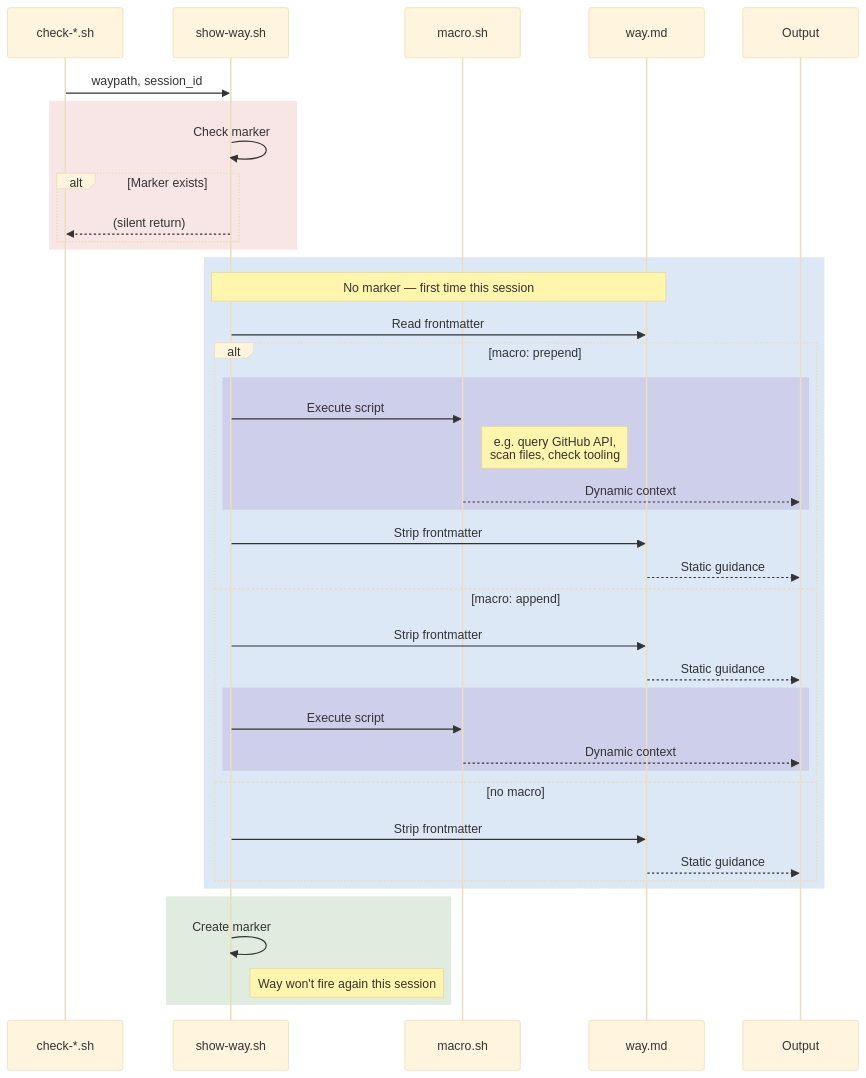
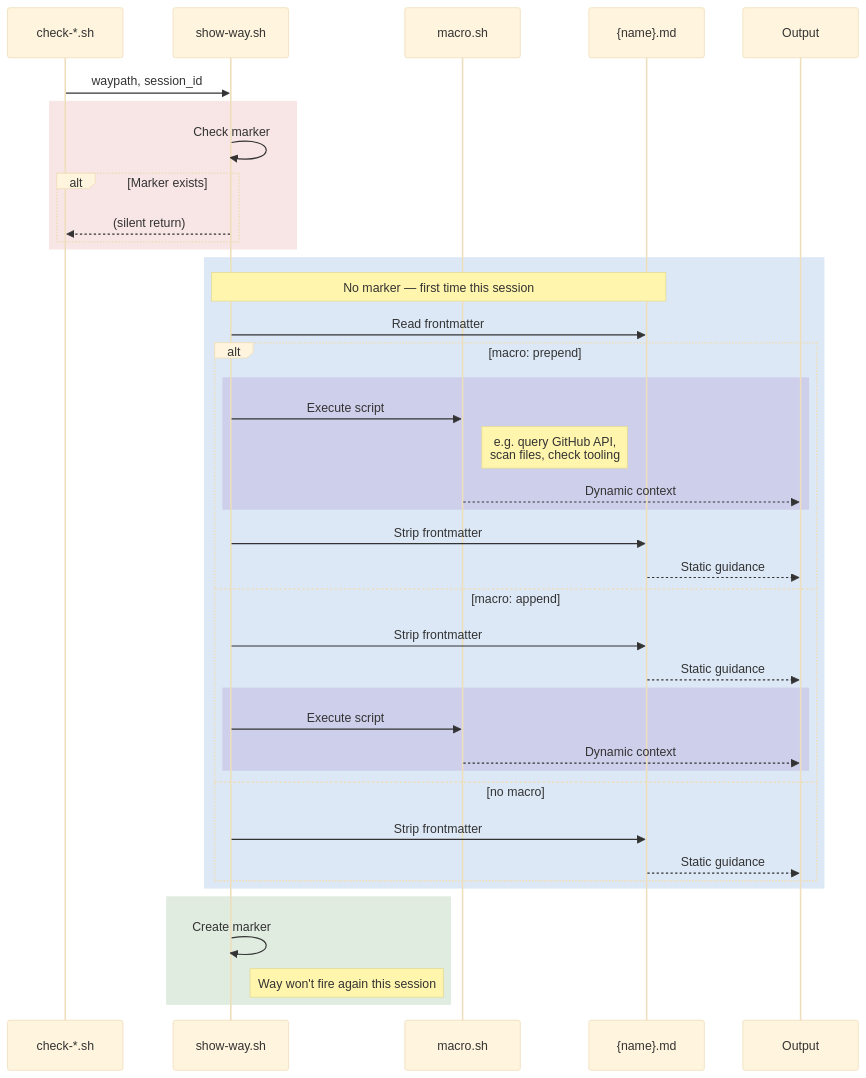
Before and after one commit to ctracey/claude-code-config: the ninth of 12 diagrams in docs/architecture.md, drawn with Mermaid (base theme). The commit also changed other lines of this file and 39 other files, not shown here.

First line of the commit message:
docs(ways): update all references from way.md to {name}.md (ADR-110 iter 2)

````diff
--- a/docs/architecture.md
+++ b/docs/architecture.md
@@ -327,47 +327,47 @@
 ```mermaid
 sequenceDiagram
     participant Hook as check-*.sh
     participant Show as show-way.sh
     participant Macro as macro.sh
-    participant Way as way.md
+    participant Way as {name}.md
     participant Out as Output
 
     Hook->>Show: waypath, session_id
 
     rect rgba(198, 40, 40, 0.12)
         Show->>Show: Check marker
         alt Marker exists
             Show-->>Hook: (silent return)
         end
     end
 
     rect rgba(21, 101, 192, 0.15)
         Note over Show,Way: No marker — first time this session
         Show->>Way: Read frontmatter
 
         alt macro: prepend
             rect rgba(106, 27, 154, 0.12)
                 Show->>Macro: Execute script
                 Note right of Macro: e.g. query GitHub API,<br/>scan files, check tooling
                 Macro-->>Out: Dynamic context
             end
             Show->>Way: Strip frontmatter
             Way-->>Out: Static guidance
         else macro: append
             Show->>Way: Strip frontmatter
             Way-->>Out: Static guidance
             rect rgba(106, 27, 154, 0.12)
                 Show->>Macro: Execute script
                 Macro-->>Out: Dynamic context
             end
         else no macro
             Show->>Way: Strip frontmatter
             Way-->>Out: Static guidance
         end
     end
 
     rect rgba(46, 125, 50, 0.15)
         Show->>Show: Create marker
         Note right of Show: Way won't fire again this session
     end
 ```
````
